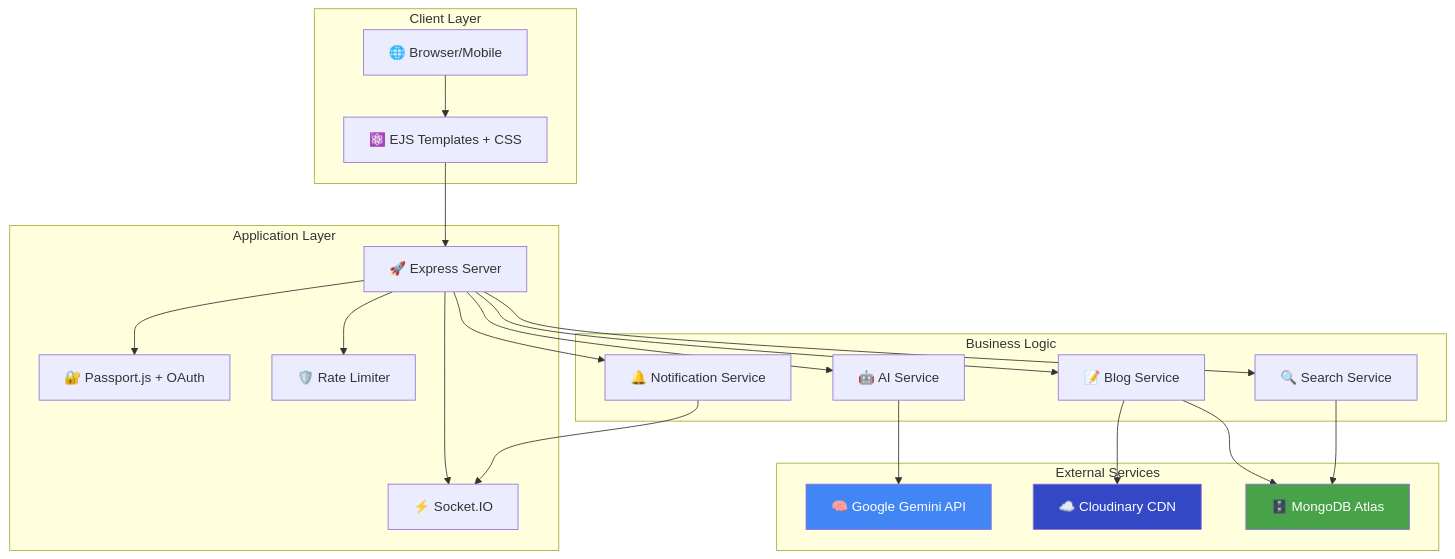
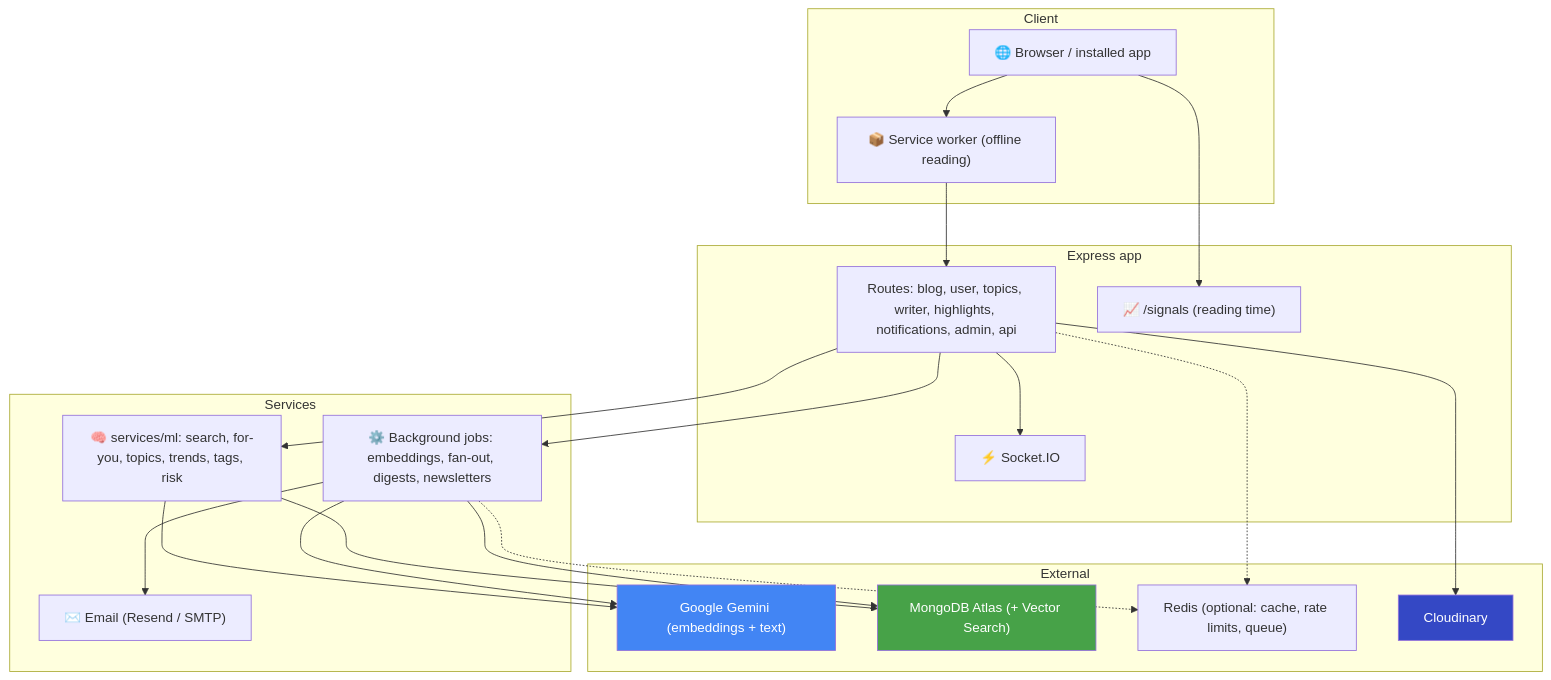
Before and after one commit to MayankParashar28/Lumina: the first of 2 diagrams in README.md, drawn with Mermaid. The commit also changed other lines of this file, not shown here.

````diff
--- a/README.md
+++ b/README.md
@@ -47,48 +117,44 @@
 ```mermaid
 graph TB
-    subgraph "Client Layer"
-        Browser["🌐 Browser/Mobile"]
-        UI["⚛️ EJS Templates + CSS"]
+    subgraph "Client"
+        Browser["🌐 Browser / installed app"]
+        SW["📦 Service worker (offline reading)"]
     end
-    
-    subgraph "Application Layer"
-        Express["🚀 Express Server"]
-        Auth["🔐 Passport.js + OAuth"]
-        RL["🛡️ Rate Limiter"]
+
+    subgraph "Express app"
+        Routes["Routes: blog, user, topics, writer, highlights, notifications, admin, api"]
+        Signals["📈 /signals (reading time)"]
         Socket["⚡ Socket.IO"]
     end
-    
-    subgraph "Business Logic"
-        BlogService["📝 Blog Service"]
-        AIService["🤖 AI Service"]
-        SearchService["🔍 Search Service"]
-        NotifService["🔔 Notification Service"]
+
+    subgraph "Services"
+        ML["🧠 services/ml: search, for-you, topics, trends, tags, risk"]
+        Jobs["⚙️ Background jobs: embeddings, fan-out, digests, newsletters"]
+        Mail["✉️ Email (Resend / SMTP)"]
     end
-    
-    subgraph "External Services"
-        Gemini["🧠 Google Gemini API"]
-        Cloudinary["☁️ Cloudinary CDN"]
-        MongoDB["🗄️ MongoDB Atlas"]
+
+    subgraph "External"
+        Gemini["Google Gemini (embeddings + text)"]
+        Mongo["MongoDB Atlas (+ Vector Search)"]
+        Redis["Redis (optional: cache, rate limits, queue)"]
+        Cloudinary["Cloudinary"]
     end
-    
-    Browser --> UI
-    UI --> Express
-    Express --> Auth
-    Express --> RL
-    Express --> Socket
-    
-    Express --> BlogService
-    Express --> AIService
-    Express --> SearchService
-    Express --> NotifService
-    
-    AIService --> Gemini
-    BlogService --> Cloudinary
-    BlogService --> MongoDB
-    SearchService --> MongoDB
-    NotifService --> Socket
-    
+
+    Browser --> SW --> Routes
+    Browser --> Signals
+    Routes --> ML
+    Routes --> Jobs
+    Routes --> Socket
+    ML --> Mongo
+    ML --> Gemini
+    Jobs --> Gemini
+    Jobs --> Mongo
+    Jobs --> Mail
+    Routes --> Cloudinary
+    Routes -.-> Redis
+    Jobs -.-> Redis
+
     style Gemini fill:#4285f4,color:#fff
     style Cloudinary fill:#3448c5,color:#fff
-    style MongoDB fill:#47a248,color:#fff
+    style Mongo fill:#47a248,color:#fff
 ```
````
